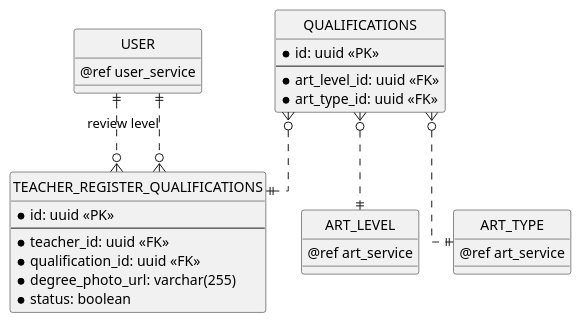
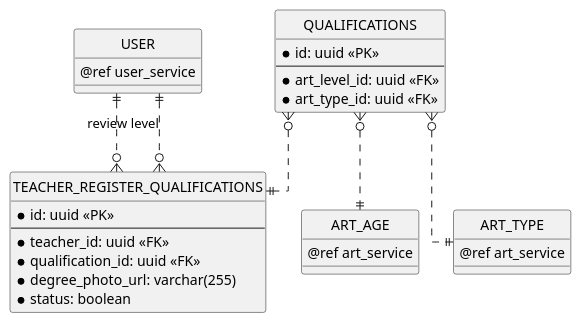
Before and after one commit to chungnguyenbkcse/ERD-USECASE-KIDSDRAWING: the second of 14 diagrams in erd.md, drawn with PlantUML. The commit also changed other lines of this file, not shown here.

Commit message:
edit art

````diff
--- a/erd.md
+++ b/erd.md
@@ -70,46 +70,46 @@
 ```plantuml
 @startuml teacher_level_service
 ' hide the spot
 hide circle
 
 ' avoid problems with angled crows feet
 skinparam linetype ortho
 
 entity "USER" as user {
     @ref user_service
 }
 
 entity "QUALIFICATIONS" as qualification {
     * id: uuid <<PK>>
     --
     * art_level_id: uuid <<FK>>
     * art_type_id: uuid <<FK>>
 }
 
 entity "TEACHER_REGISTER_QUALIFICATIONS" as teacher_register_qualification {
     * id: uuid <<PK>>
     --
     * teacher_id: uuid <<FK>>
     * qualification_id: uuid <<FK>>
     * degree_photo_url: varchar(255)
     * status: boolean
 }
 
-entity "ART_LEVEL" as art_level {
+entity "ART_AGE" as art_age {
     @ref art_service
 }
 
 entity "ART_TYPE" as art_type {
     @ref art_service
 }
 
 ' Art Relationship
 
 user ||..o{ teacher_register_qualification
 user ||..o{ teacher_register_qualification: review level
 qualification }o..|| art_type
-qualification }o..|| art_level
+qualification }o..|| art_age
 qualification }o..|| teacher_register_qualification
 
 @enduml
 ```
````
